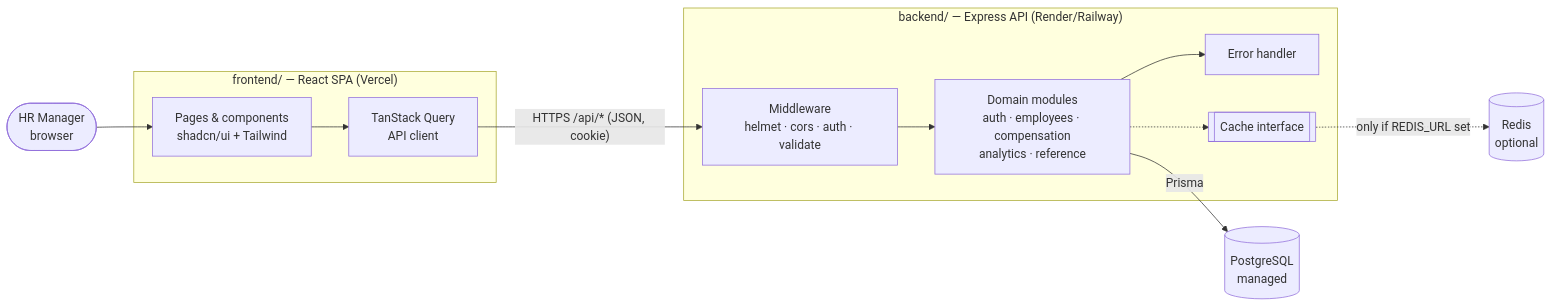
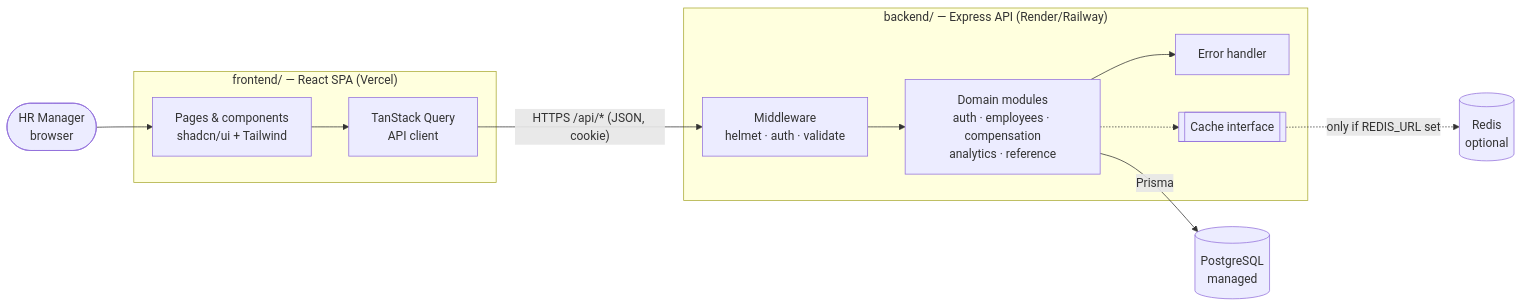
The first of 2 diagrams in docs/architecture.md (Chaitanya0076/employee-salary-management), drawn with Mermaid before and after one commit. The commit also changed other lines of this file and 28 other files, not shown here.

````diff
--- a/docs/architecture.md
+++ b/docs/architecture.md
@@ -7,26 +7,26 @@
 ```mermaid
 flowchart LR
     HR([HR Manager<br/>browser])
 
     subgraph Web["frontend/ — React SPA (Vercel)"]
         UI[Pages & components<br/>shadcn/ui + Tailwind]
         Q[TanStack Query<br/>API client]
     end
 
     subgraph Api["backend/ — Express API (Render/Railway)"]
-        MW[Middleware<br/>helmet · cors · auth · validate]
+        MW[Middleware<br/>helmet · auth · validate]
         MOD[Domain modules<br/>auth · employees · compensation<br/>analytics · reference]
         ERR[Error handler]
         CACHE[[Cache interface]]
     end
 
     DB[(PostgreSQL<br/>managed)]
     REDIS[(Redis<br/>optional)]
 
     HR --> UI --> Q
     Q -- "HTTPS /api/* (JSON, cookie)" --> MW --> MOD
     MOD --> ERR
     MOD -- Prisma --> DB
     MOD -.-> CACHE
     CACHE -. "only if REDIS_URL set" .-> REDIS
 ```
````
